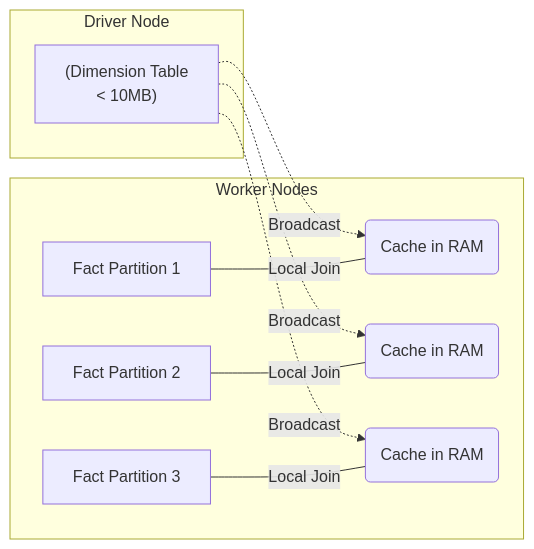
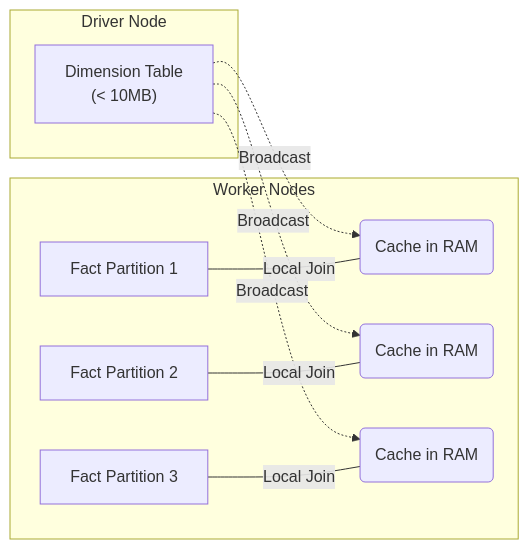
The second of 2 diagrams in src/content/docs/concepts/6-data-modeling-transformation/dimension-table.md (kythuatdulieu/kythuatdulieu.github.io), drawn with Mermaid before and after one commit. The commit also changed other lines of this file and 228 other files, not shown here.

Commit message:
Fix syntax and rewrite 200+ concepts docs to deep-dive system architecture and add GA4 tracking to quiz app

````diff
--- a/src/content/docs/concepts/6-data-modeling-transformation/dimension-table.md
+++ b/src/content/docs/concepts/6-data-modeling-transformation/dimension-table.md
@@ -102,20 +101,20 @@
 ```mermaid
 graph LR
     subgraph Driver Node
-        D["(Dimension Table \n < 10MB)"] 
+        D["Dimension Table \n (< 10MB)"] 
     end
     
     subgraph Worker Nodes
         F1["Fact Partition 1"]
         F2["Fact Partition 2"]
         F3["Fact Partition 3"]
         
-        D -.-> |Broadcast| C1("Cache in RAM")
-        D -.-> |Broadcast| C2("Cache in RAM")
-        D -.-> |Broadcast| C3("Cache in RAM")
+        D -.->|Broadcast| C1("Cache in RAM")
+        D -.->|Broadcast| C2("Cache in RAM")
+        D -.->|Broadcast| C3("Cache in RAM")
         
         F1 ---|Local Join| C1
         F2 ---|Local Join| C2
         F3 ---|Local Join| C3
     end
 ```
````
